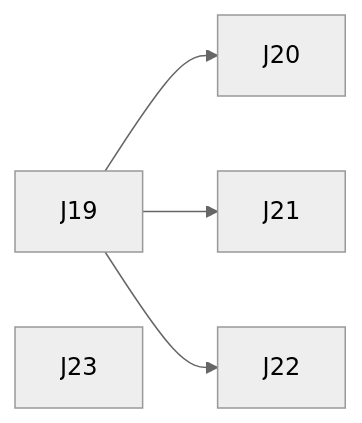
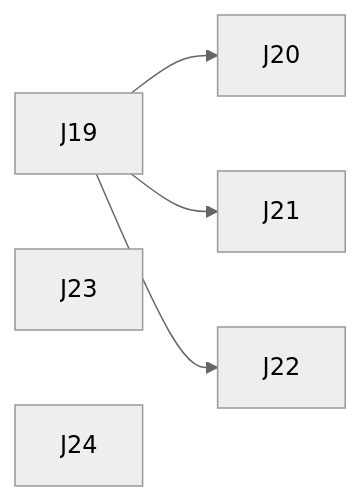
The diagram in docs/execution-plan.md (vespaiach/glance), drawn with Mermaid (neutral theme) before and after one commit. The commit also changed other lines of this file and 4 other files, not shown here.

````diff
--- a/docs/execution-plan.md
+++ b/docs/execution-plan.md
@@ -51,7 +52,8 @@
 ```mermaid
 graph LR
   J19 --> J20
   J19 --> J21
   J19 --> J22
   J23
+  J24
 ```
````
